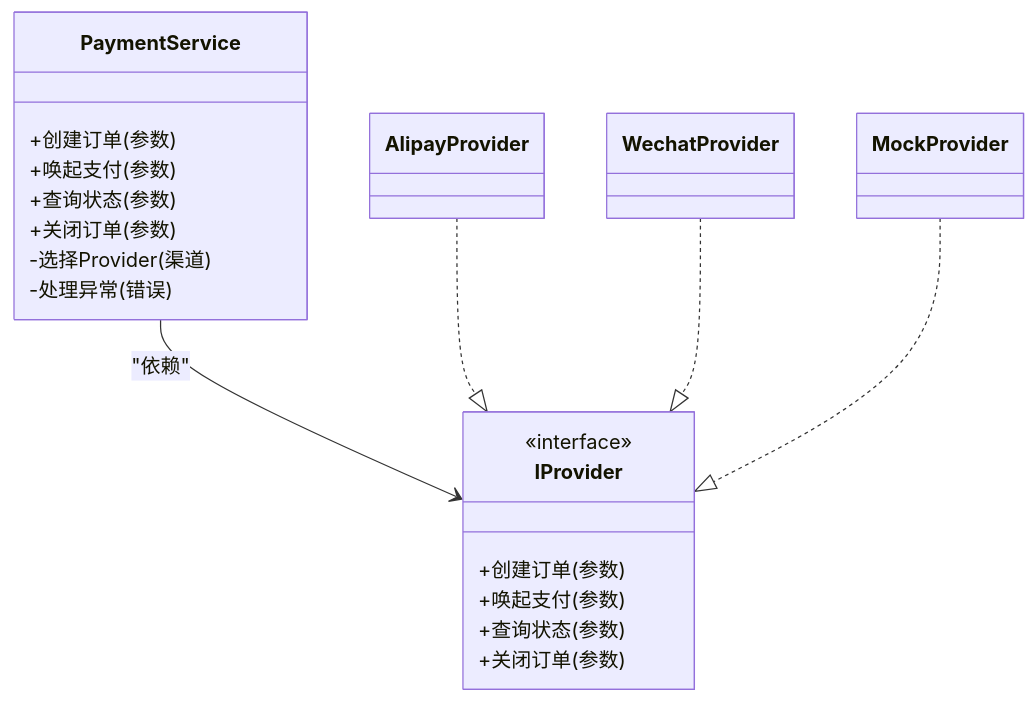
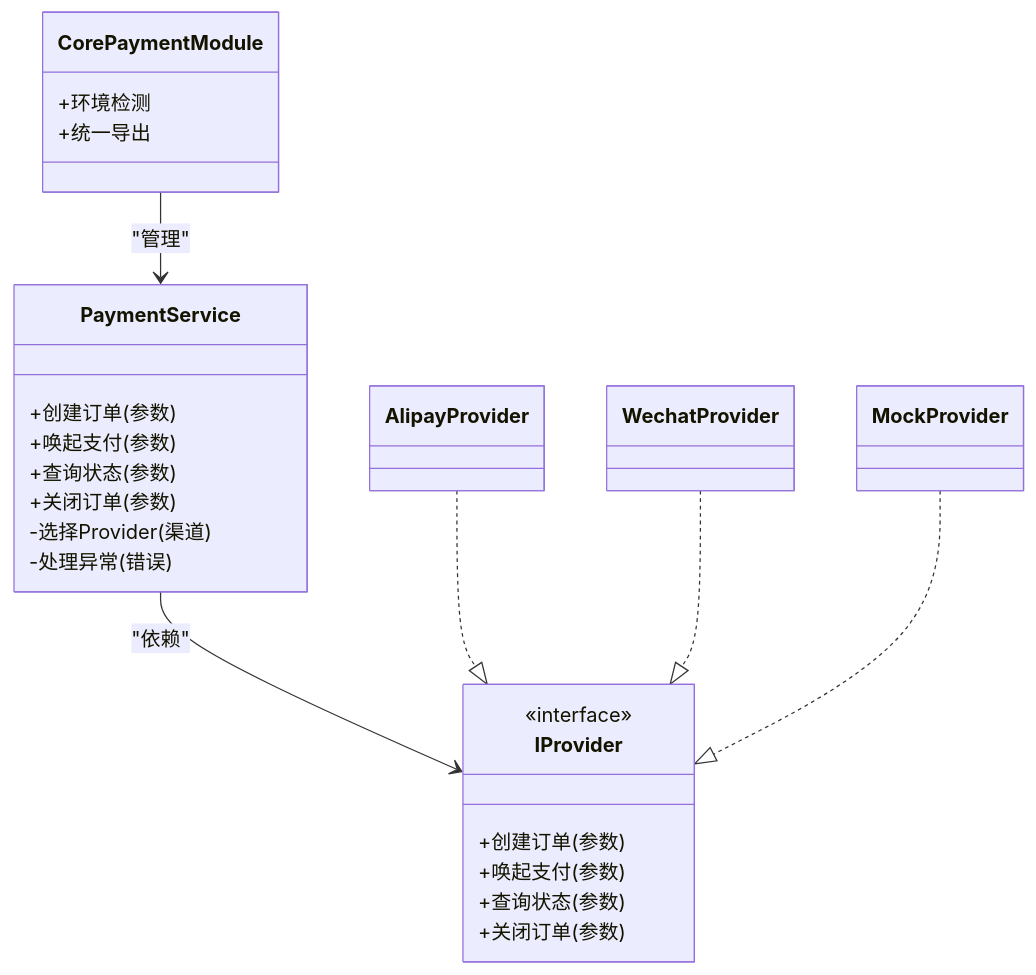
One commit to Hu-Right/supply-os changed the second of 4 diagrams in .qoder/repowiki/zh/content/架构设计/支付服务架构.md. Above: the diagram before and after it, drawn with Mermaid. The commit also changed other lines of this file and 39 other files, not shown here.

````diff
--- a/.qoder/repowiki/zh/content/架构设计/支付服务架构.md
+++ b/.qoder/repowiki/zh/content/架构设计/支付服务架构.md
@@ -99,25 +112,30 @@
 ```mermaid
 classDiagram
+class CorePaymentModule {
++环境检测
++统一导出
+}
 class PaymentService {
 +创建订单(参数)
 +唤起支付(参数)
 +查询状态(参数)
 +关闭订单(参数)
 -选择Provider(渠道)
 -处理异常(错误)
 }
 class IProvider {
 <<interface>>
 +创建订单(参数)
 +唤起支付(参数)
 +查询状态(参数)
 +关闭订单(参数)
 }
 class AlipayProvider
 class WechatProvider
 class MockProvider
+CorePaymentModule --> PaymentService : "管理"
 PaymentService --> IProvider : "依赖"
 AlipayProvider ..|> IProvider
 WechatProvider ..|> IProvider
 MockProvider ..|> IProvider
 ```
````
